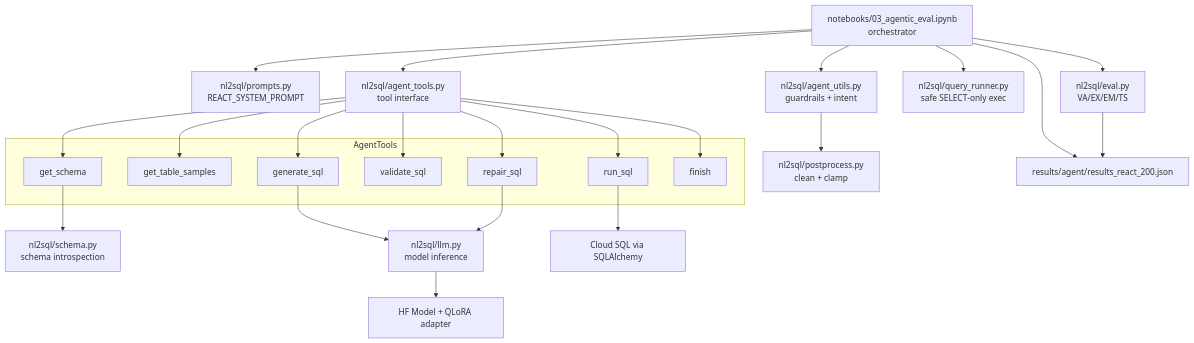
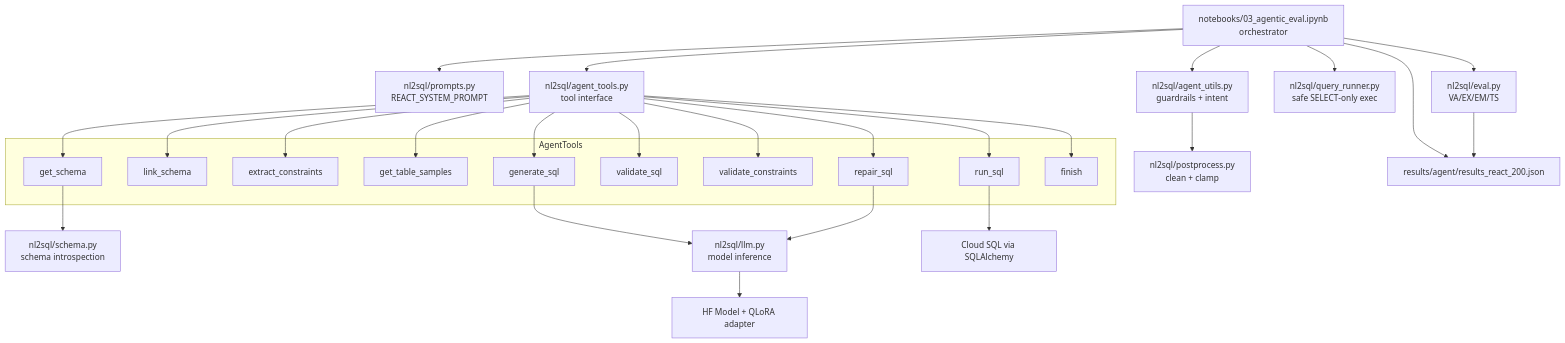
Before and after one commit to MacKenzieOBrian/NLtoSQL: the third of 6 diagrams in 7_REACT_DIAGRAMS.md, drawn with Mermaid. The commit also changed other lines of this file and 6 other files, not shown here.

Commit message:
Phase 7: document the tool-driven milestone with diagrams and viva notes

````diff
--- a/7_REACT_DIAGRAMS.md
+++ b/7_REACT_DIAGRAMS.md
@@ -106,38 +113,44 @@
 ```mermaid
 flowchart TD
   NB[notebooks/03_agentic_eval.ipynb\norchestrator] --> P[nl2sql/prompts.py\nREACT_SYSTEM_PROMPT]
   NB --> AU[nl2sql/agent_utils.py\nguardrails + intent]
   NB --> EV[nl2sql/eval.py\nVA/EX/EM/TS]
   NB --> QR[nl2sql/query_runner.py\nsafe SELECT‑only exec]
   NB --> AT[nl2sql/agent_tools.py\ntool interface]
 
   subgraph AgentTools
     GS[get_schema]
+    LS[link_schema]
+    EC[extract_constraints]
     GTS[get_table_samples]
     GEN[generate_sql]
     VAL[validate_sql]
+    VC[validate_constraints]
     RUN[run_sql]
     REP[repair_sql]
     FIN[finish]
   end
 
   AT --> GS
+  AT --> LS
+  AT --> EC
   AT --> GTS
   AT --> GEN
   AT --> VAL
+  AT --> VC
   AT --> RUN
   AT --> REP
   AT --> FIN
 
   GS --> SCH[nl2sql/schema.py\nschema introspection]
   GEN --> LLM[nl2sql/llm.py\nmodel inference]
   REP --> LLM
 
   LLM --> MODEL[HF Model + QLoRA adapter]
   RUN --> DB[Cloud SQL via SQLAlchemy]
 
   AU --> POST[nl2sql/postprocess.py\nclean + clamp]
 
   NB --> RESULTS[results/agent/results_react_200.json]
   EV --> RESULTS
 ```
````
